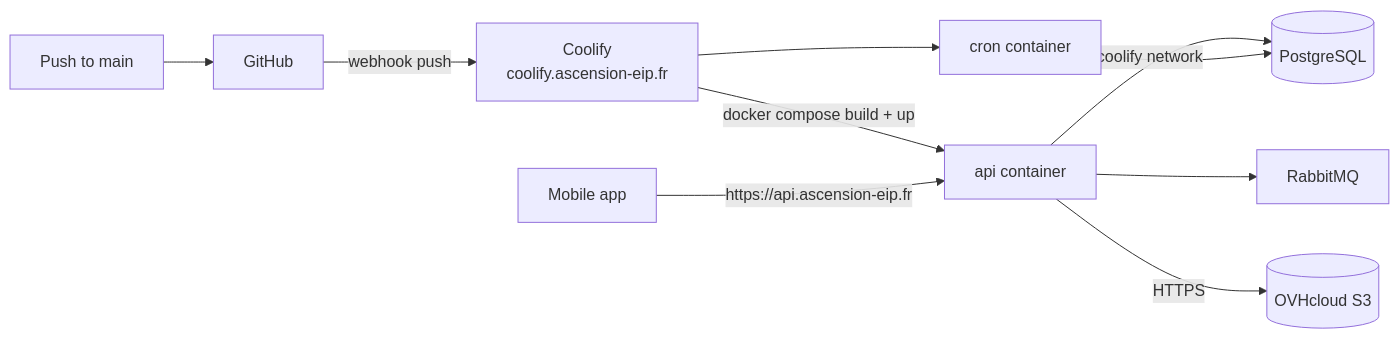
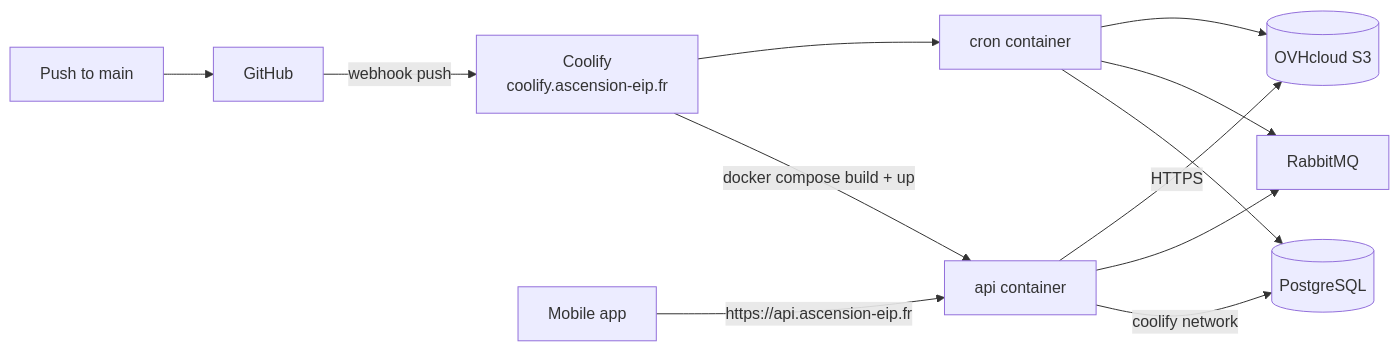
Before and after one commit to Ascension-EIP/Ascension: the diagram in docs/Ascension/developer/architecture/deployment/api-deployment-guide.md, drawn with Mermaid. The commit also changed other lines of this file, not shown here.

Commit message:
docs(infra): document the variable mapping and the cron jobs of the api

````diff
--- a/docs/Ascension/developer/architecture/deployment/api-deployment-guide.md
+++ b/docs/Ascension/developer/architecture/deployment/api-deployment-guide.md
@@ -36,12 +36,14 @@
 ```mermaid
 flowchart LR
     Dev[Push to main] --> GH[GitHub]
     GH -->|webhook push| Coolify[Coolify<br/>coolify.ascension-eip.fr]
     Coolify -->|docker compose build + up| API[api container]
     Coolify --> Cron[cron container]
     API -->|coolify network| PG[(PostgreSQL)]
     API --> MQ[RabbitMQ]
     Cron --> PG
+    Cron --> MQ
+    Cron --> S3
     API -->|HTTPS| S3[(OVHcloud S3)]
     User[Mobile app] -->|https://api.ascension-eip.fr| API
 ```
````
